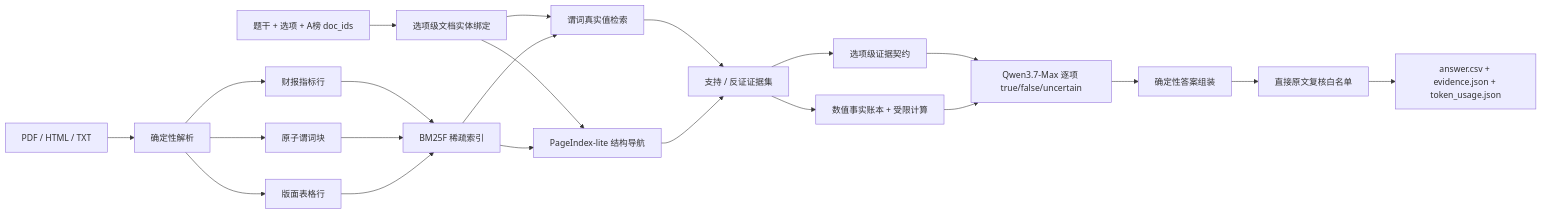
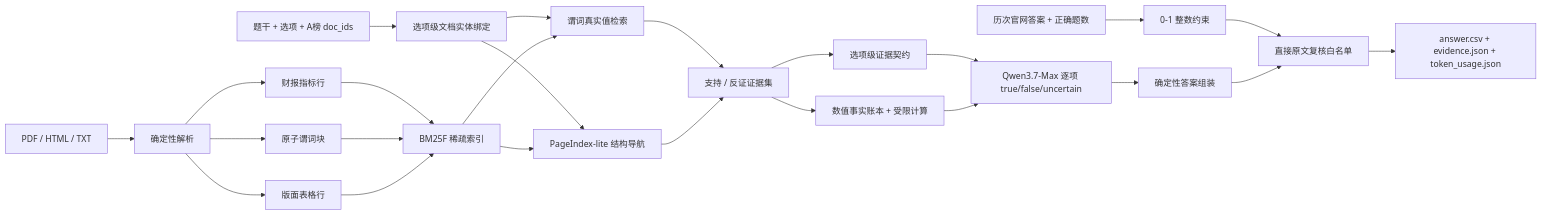
One commit to ch04wangyj/afac2026-financial-longtext-agent changed the diagram in README.md. Above: the diagram before and after it, drawn with Mermaid. The commit also changed other lines of this file and 23 other files, not shown here.

````diff
--- a/README.md
+++ b/README.md
@@ -30,24 +31,26 @@
 ```mermaid
 flowchart LR
     A["PDF / HTML / TXT"] --> B["确定性解析"]
     B --> C["财报指标行"]
     B --> D["原子谓词块"]
     B --> E["版面表格行"]
     C --> F["BM25F 稀疏索引"]
     D --> F
     E --> F
     Q["题干 + 选项 + A榜 doc_ids"] --> S["选项级文档实体绑定"]
     S --> R1["谓词真实值检索"]
     S --> R2["PageIndex-lite 结构导航"]
     F --> R1
     F --> R2
     R1 --> G["支持 / 反证证据集"]
     R2 --> G
     G --> EC["选项级证据契约"]
     EC --> H["Qwen3.7-Max 逐项 true/false/uncertain"]
     G --> FL["数值事实账本 + 受限计算"]
     FL --> H
     H --> I["确定性答案组装"]
+    O["历次官网答案 + 正确题数"] --> LC["0-1 整数约束"]
+    LC --> J
     I --> J["直接原文复核白名单"]
     J --> K["answer.csv + evidence.json + token_usage.json"]
 ```
````
